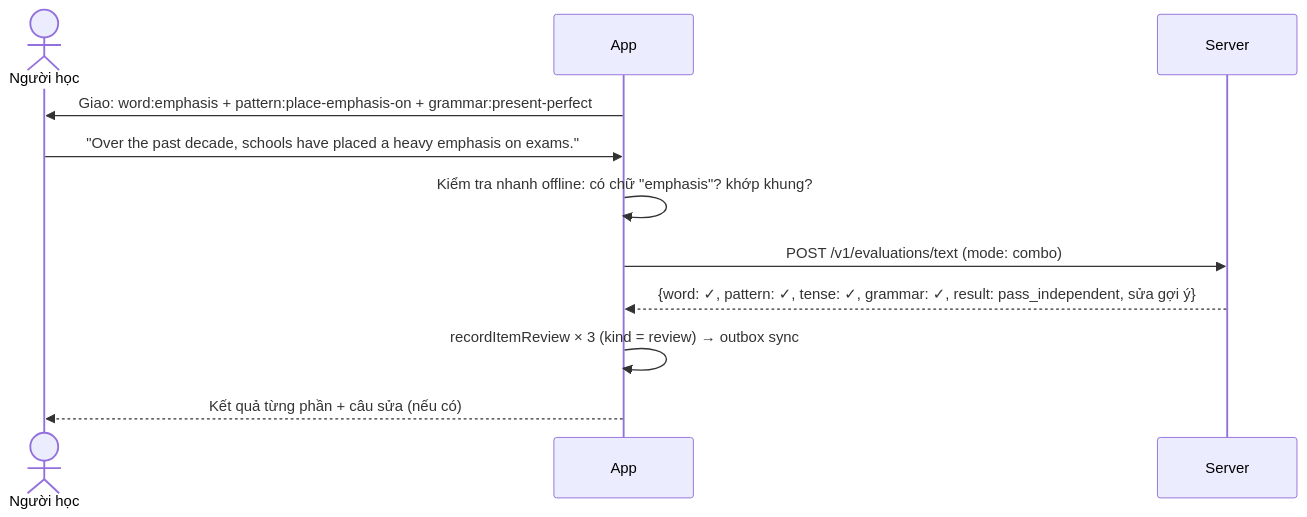
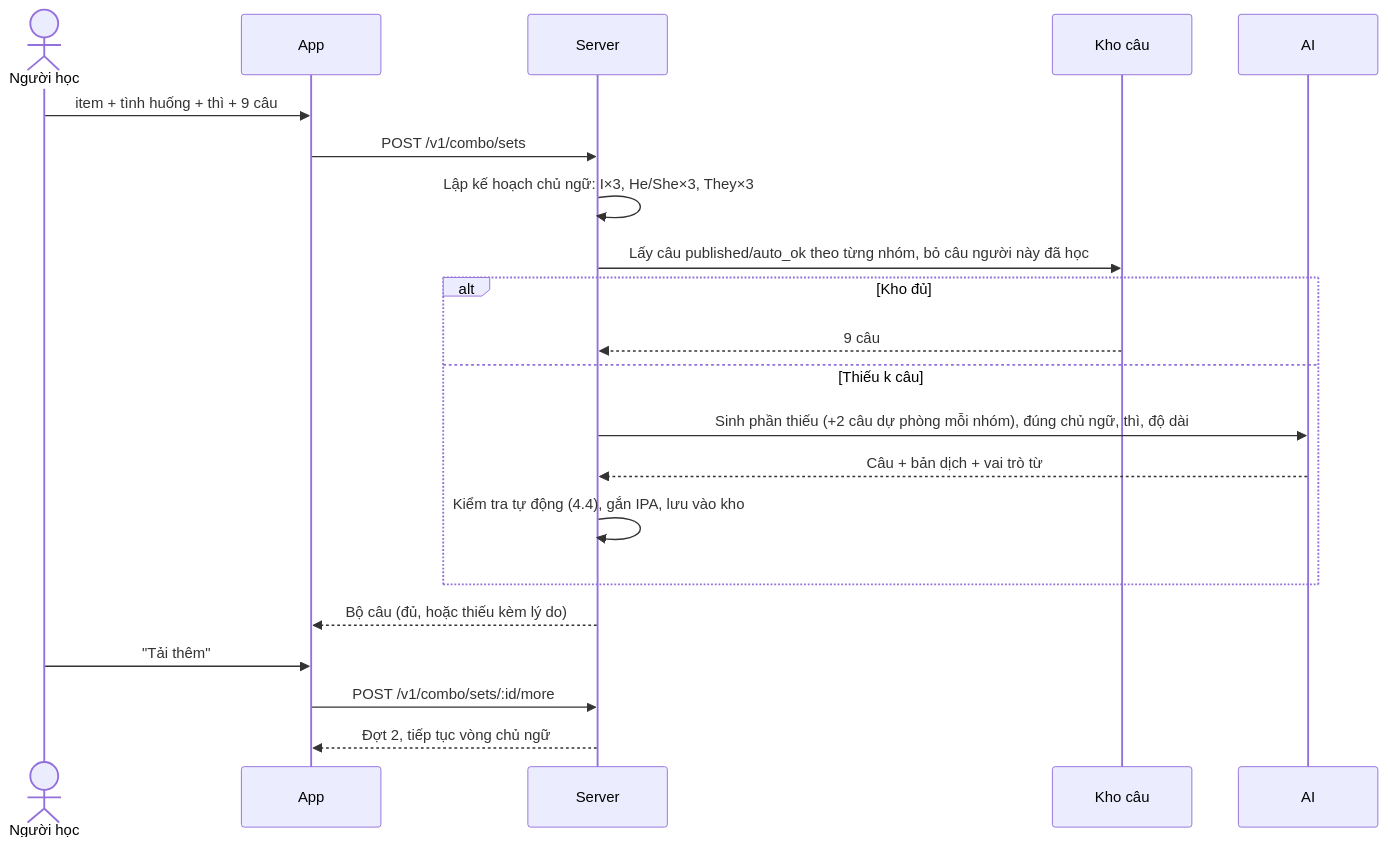
Before and after one commit to hnhatr/LingoBites-App: the fourth of 5 diagrams in docs/design/vocab-pattern-tense-path.md, drawn with Mermaid. The commit also changed other lines of this file, not shown here.

First line of the commit message:
docs: redesign combo sentences as server-generated subject-quota sets with shadowing

````diff
--- a/docs/design/vocab-pattern-tense-path.md
+++ b/docs/design/vocab-pattern-tense-path.md
@@ -321,13 +245,23 @@
 ```mermaid
 sequenceDiagram
   actor U as Người học
   participant A as App
   participant S as Server
-  A->>U: Giao: word:emphasis + pattern:place-emphasis-on + grammar:present-perfect
-  U->>A: "Over the past decade, schools have placed a heavy emphasis on exams."
-  A->>A: Kiểm tra nhanh offline: có chữ "emphasis"? khớp khung?
-  A->>S: POST /v1/evaluations/text (mode: combo)
-  S-->>A: {word: ✓, pattern: ✓, tense: ✓, grammar: ✓, result: pass_independent, sửa gợi ý}
-  A->>A: recordItemReview × 3 (kind = review) → outbox sync
-  A-->>U: Kết quả từng phần + câu sửa (nếu có)
+  participant DB as Kho câu
+  participant AI as AI
+  U->>A: item + tình huống + thì + 9 câu
+  A->>S: POST /v1/combo/sets
+  S->>S: Lập kế hoạch chủ ngữ: I×3, He/She×3, They×3
+  S->>DB: Lấy câu published/auto_ok theo từng nhóm, bỏ câu người này đã học
+  alt Kho đủ
+    DB-->>S: 9 câu
+  else Thiếu k câu
+    S->>AI: Sinh phần thiếu (+2 câu dự phòng mỗi nhóm), đúng chủ ngữ, thì, độ dài
+    AI-->>S: Câu + bản dịch + vai trò từ
+    S->>S: Kiểm tra tự động (4.4), gắn IPA, lưu vào kho
+  end
+  S-->>A: Bộ câu (đủ, hoặc thiếu kèm lý do)
+  U->>A: "Tải thêm"
+  A->>S: POST /v1/combo/sets/:id/more
+  S-->>A: Đợt 2, tiếp tục vòng chủ ngữ
 ```
````
